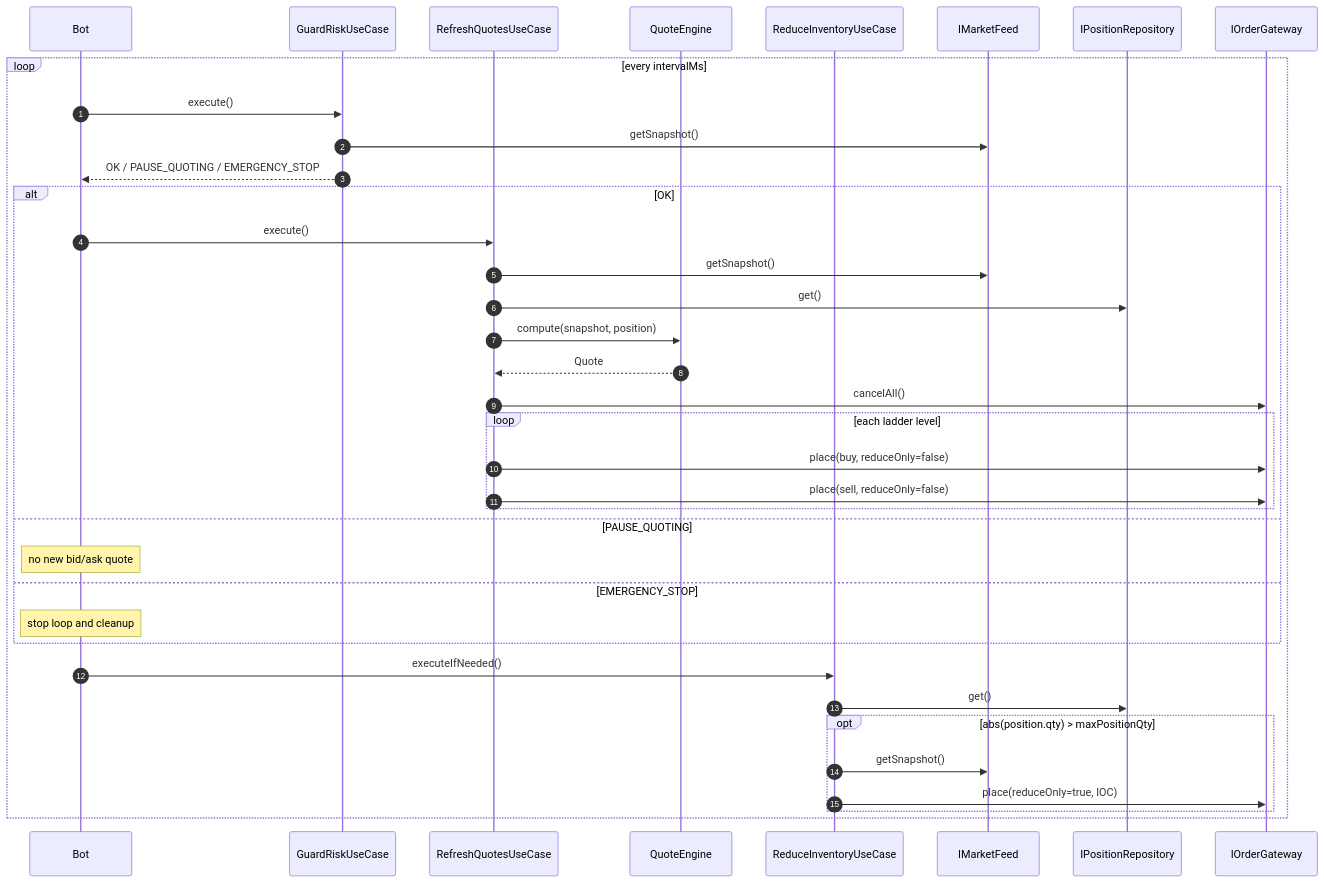
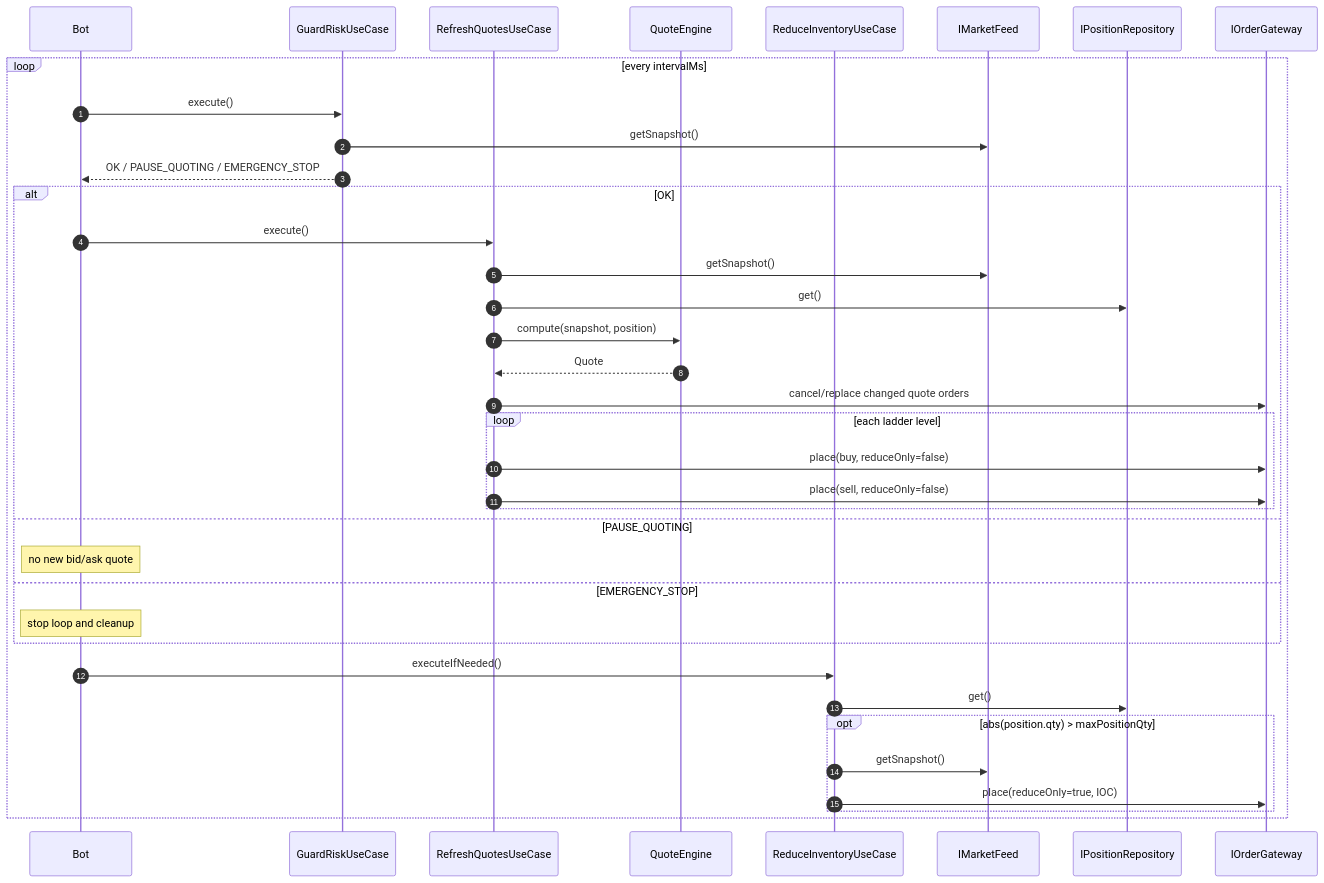
The first of 2 diagrams in docs/storategy.md (posaune0423/simple-mm-bot), drawn with Mermaid before and after one commit. The commit also changed other lines of this file and 58 other files, not shown here.

````diff
--- a/docs/storategy.md
+++ b/docs/storategy.md
@@ -22,42 +22,42 @@
 ```mermaid
 sequenceDiagram
     autonumber
     participant Bot
     participant Guard as GuardRiskUseCase
     participant Refresh as RefreshQuotesUseCase
     participant QE as QuoteEngine
     participant Reduce as ReduceInventoryUseCase
     participant Feed as IMarketFeed
     participant Pos as IPositionRepository
     participant GW as IOrderGateway
 
     loop every intervalMs
         Bot->>Guard: execute()
         Guard->>Feed: getSnapshot()
         Guard-->>Bot: OK / PAUSE_QUOTING / EMERGENCY_STOP
 
         alt OK
             Bot->>Refresh: execute()
             Refresh->>Feed: getSnapshot()
             Refresh->>Pos: get()
             Refresh->>QE: compute(snapshot, position)
             QE-->>Refresh: Quote
-            Refresh->>GW: cancelAll()
+            Refresh->>GW: cancel/replace changed quote orders
             loop each ladder level
                 Refresh->>GW: place(buy, reduceOnly=false)
                 Refresh->>GW: place(sell, reduceOnly=false)
             end
         else PAUSE_QUOTING
             Note over Bot: no new bid/ask quote
         else EMERGENCY_STOP
             Note over Bot: stop loop and cleanup
         end
 
         Bot->>Reduce: executeIfNeeded()
         Reduce->>Pos: get()
         opt abs(position.qty) > maxPositionQty
             Reduce->>Feed: getSnapshot()
             Reduce->>GW: place(reduceOnly=true, IOC)
         end
     end
 ```
````
